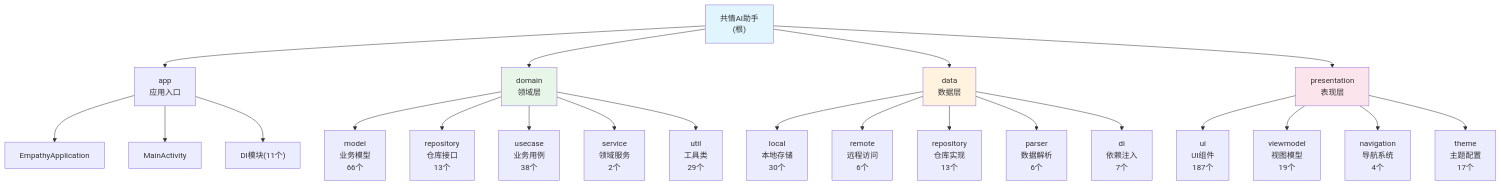
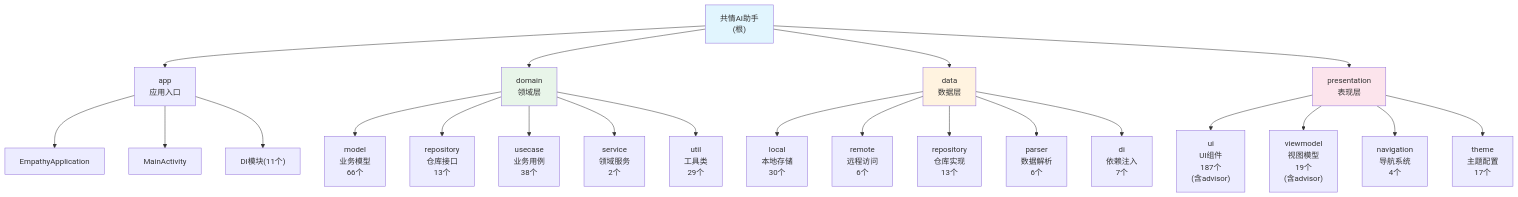
The diagram in CLAUDE.md (ZeroPointSix/empathize-with-others), drawn with Mermaid before and after one commit. The commit also changed other lines of this file and 7 other files, not shown here.

````diff
--- a/CLAUDE.md
+++ b/CLAUDE.md
@@ -81,38 +81,38 @@
 ```mermaid
 graph TD
     A["共情AI助手<br/>(根)"] --> B["app<br/>应用入口"]
     A --> C["domain<br/>领域层"]
     A --> D["data<br/>数据层"]
     A --> E["presentation<br/>表现层"]
 
     B --> B1["EmpathyApplication"]
     B --> B2["MainActivity"]
     B --> B3["DI模块(11个)"]
 
     C --> C1["model<br/>业务模型<br/>66个"]
     C --> C2["repository<br/>仓库接口<br/>13个"]
     C --> C3["usecase<br/>业务用例<br/>38个"]
     C --> C4["service<br/>领域服务<br/>2个"]
     C --> C5["util<br/>工具类<br/>29个"]
 
     D --> D1["local<br/>本地存储<br/>30个"]
     D --> D2["remote<br/>远程访问<br/>6个"]
     D --> D3["repository<br/>仓库实现<br/>13个"]
     D --> D4["parser<br/>数据解析<br/>6个"]
     D --> D5["di<br/>依赖注入<br/>7个"]
 
-    E --> E1["ui<br/>UI组件<br/>187个"]
-    E --> E2["viewmodel<br/>视图模型<br/>19个"]
+    E --> E1["ui<br/>UI组件<br/>187个<br/>(含advisor)"]
+    E --> E2["viewmodel<br/>视图模型<br/>19个<br/>(含advisor)"]
     E --> E3["navigation<br/>导航系统<br/>4个"]
     E --> E4["theme<br/>主题配置<br/>17个"]
 
     style A fill:#e1f5fe
     style C fill:#e8f5e9
     style D fill:#fff3e0
     style E fill:#fce4ec
 
     click C "./domain/CLAUDE.md" "查看 domain 模块文档"
     click D "./data/CLAUDE.md" "查看 data 模块文档"
     click E "./presentation/CLAUDE.md" "查看 presentation 模块文档"
     click B "app/src/main/java/com/empathy/ai/app/CLAUDE.md" "查看 app 模块文档"
 ```
````
